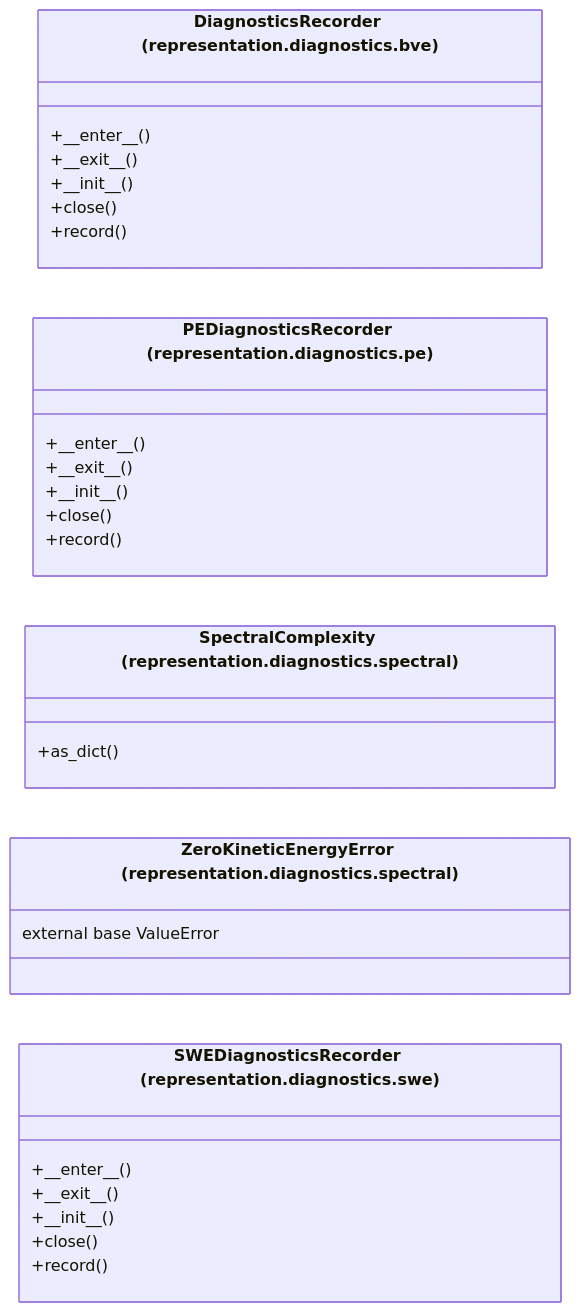
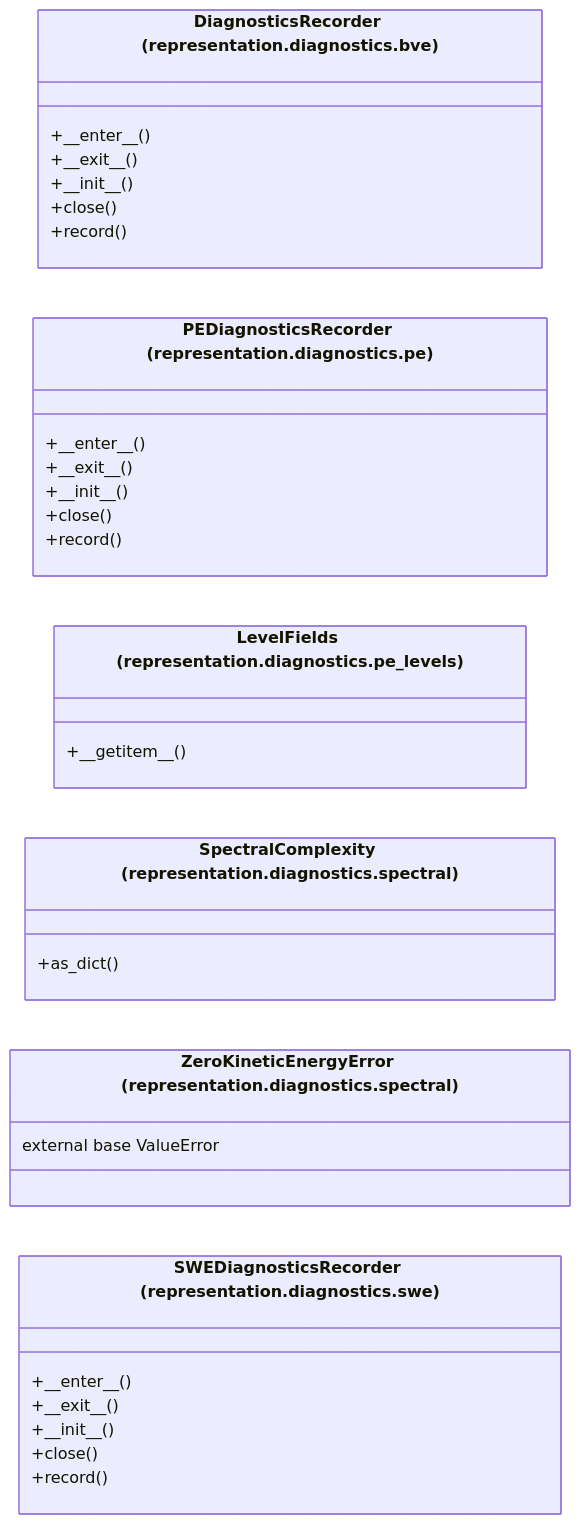
The diagram in docs/architecture/current/classes/tropoi.representation.diagnostics.mmd (AlexandreEros/Palintropos), drawn with Mermaid before and after one commit. The commit also changed 33 other files, not shown here.

```diff
--- a/docs/architecture/current/classes/tropoi.representation.diagnostics.mmd
+++ b/docs/architecture/current/classes/tropoi.representation.diagnostics.mmd
@@ -1,26 +1,28 @@
 %% Generated by tools.architecture 1.0.0. Do not edit by hand.
 %% All classes defined in package tropoi.representation.diagnostics.
 classDiagram
     direction LR
     class c_tropoi_orepresentation_odiagnostics_obve_oDiagnosticsRecorder["DiagnosticsRecorder (representation.diagnostics.bve)"]
     c_tropoi_orepresentation_odiagnostics_obve_oDiagnosticsRecorder : +#95;#95;enter#95;#95;()
     c_tropoi_orepresentation_odiagnostics_obve_oDiagnosticsRecorder : +#95;#95;exit#95;#95;()
     c_tropoi_orepresentation_odiagnostics_obve_oDiagnosticsRecorder : +#95;#95;init#95;#95;()
     c_tropoi_orepresentation_odiagnostics_obve_oDiagnosticsRecorder : +close()
     c_tropoi_orepresentation_odiagnostics_obve_oDiagnosticsRecorder : +record()
     class c_tropoi_orepresentation_odiagnostics_ope_oPEDiagnosticsRecorder["PEDiagnosticsRecorder (representation.diagnostics.pe)"]
     c_tropoi_orepresentation_odiagnostics_ope_oPEDiagnosticsRecorder : +#95;#95;enter#95;#95;()
     c_tropoi_orepresentation_odiagnostics_ope_oPEDiagnosticsRecorder : +#95;#95;exit#95;#95;()
     c_tropoi_orepresentation_odiagnostics_ope_oPEDiagnosticsRecorder : +#95;#95;init#95;#95;()
     c_tropoi_orepresentation_odiagnostics_ope_oPEDiagnosticsRecorder : +close()
     c_tropoi_orepresentation_odiagnostics_ope_oPEDiagnosticsRecorder : +record()
+    class c_tropoi_orepresentation_odiagnostics_ope__levels_oLevelFields["LevelFields (representation.diagnostics.pe_levels)"]
+    c_tropoi_orepresentation_odiagnostics_ope__levels_oLevelFields : +#95;#95;getitem#95;#95;()
     class c_tropoi_orepresentation_odiagnostics_ospectral_oSpectralComplexity["SpectralComplexity (representation.diagnostics.spectral)"]
     c_tropoi_orepresentation_odiagnostics_ospectral_oSpectralComplexity : +as#95;dict()
     class c_tropoi_orepresentation_odiagnostics_ospectral_oZeroKineticEnergyError["ZeroKineticEnergyError (representation.diagnostics.spectral)"]
     c_tropoi_orepresentation_odiagnostics_ospectral_oZeroKineticEnergyError : external base ValueError
     class c_tropoi_orepresentation_odiagnostics_oswe_oSWEDiagnosticsRecorder["SWEDiagnosticsRecorder (representation.diagnostics.swe)"]
     c_tropoi_orepresentation_odiagnostics_oswe_oSWEDiagnosticsRecorder : +#95;#95;enter#95;#95;()
     c_tropoi_orepresentation_odiagnostics_oswe_oSWEDiagnosticsRecorder : +#95;#95;exit#95;#95;()
     c_tropoi_orepresentation_odiagnostics_oswe_oSWEDiagnosticsRecorder : +#95;#95;init#95;#95;()
     c_tropoi_orepresentation_odiagnostics_oswe_oSWEDiagnosticsRecorder : +close()
     c_tropoi_orepresentation_odiagnostics_oswe_oSWEDiagnosticsRecorder : +record()
```
